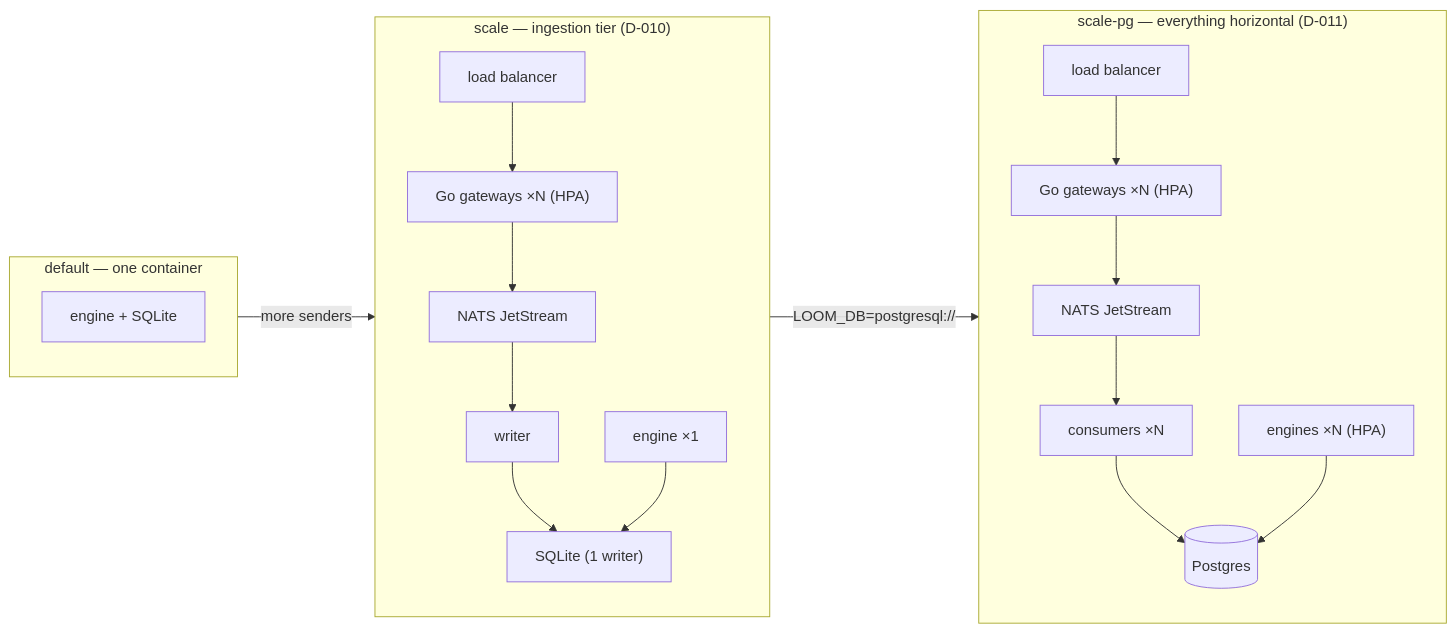
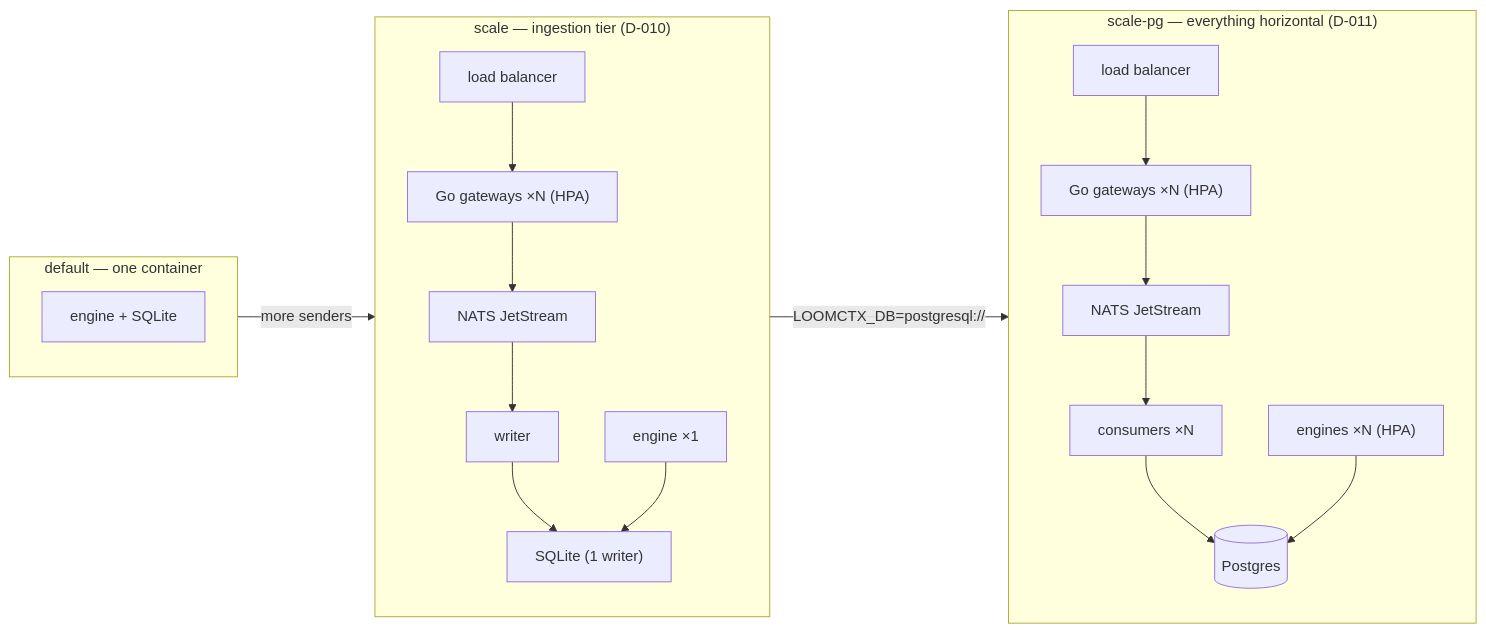
Before and after one commit to seahop/loomctx: the second of 2 diagrams in docs/architecture.md, drawn with Mermaid. The commit also changed other lines of this file and 266 other files, not shown here.

````diff
--- a/docs/architecture.md
+++ b/docs/architecture.md
@@ -267,17 +267,17 @@
 ```mermaid
 flowchart LR
     subgraph S1["default — one container"]
         E1["engine + SQLite"]
     end
     subgraph S2["scale — ingestion tier (D-010)"]
         LB2["load balancer"] --> G2["Go gateways ×N (HPA)"]
         G2 --> N2["NATS JetStream"] --> W2["writer"] --> DB2["SQLite (1 writer)"]
         E2["engine ×1"] --> DB2
     end
     subgraph S3["scale-pg — everything horizontal (D-011)"]
         LB3["load balancer"] --> G3["Go gateways ×N (HPA)"]
         G3 --> N3["NATS JetStream"] --> W3["consumers ×N"] --> DB3[("Postgres")]
         E3["engines ×N (HPA)"] --> DB3
     end
-    S1 -->|"more senders"| S2 -->|"LOOM_DB=postgresql://"| S3
+    S1 -->|"more senders"| S2 -->|"LOOMCTX_DB=postgresql://"| S3
 ```
````
